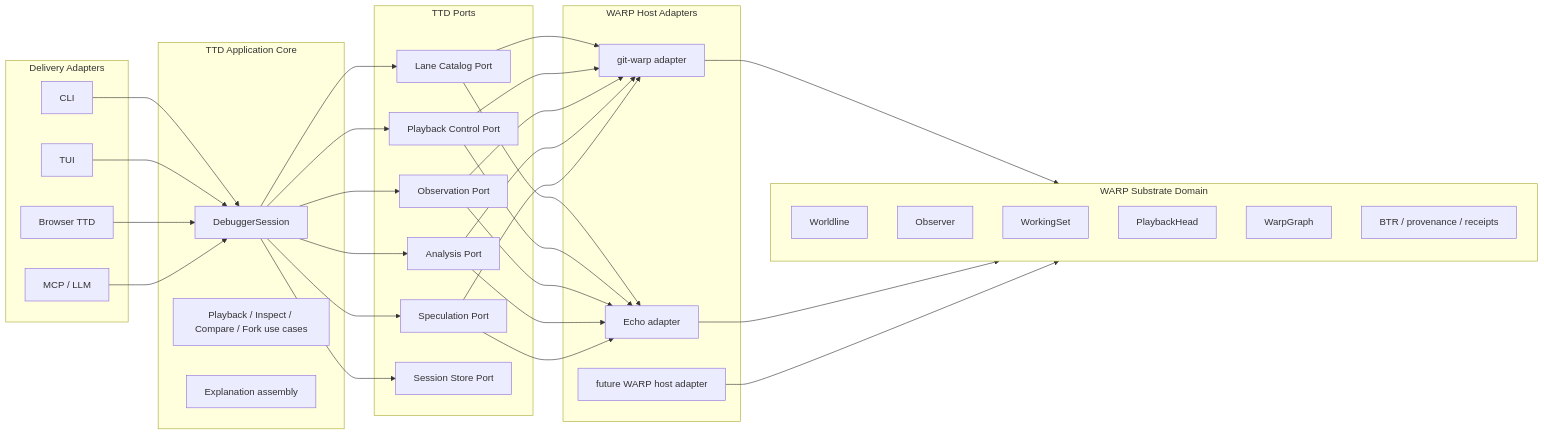
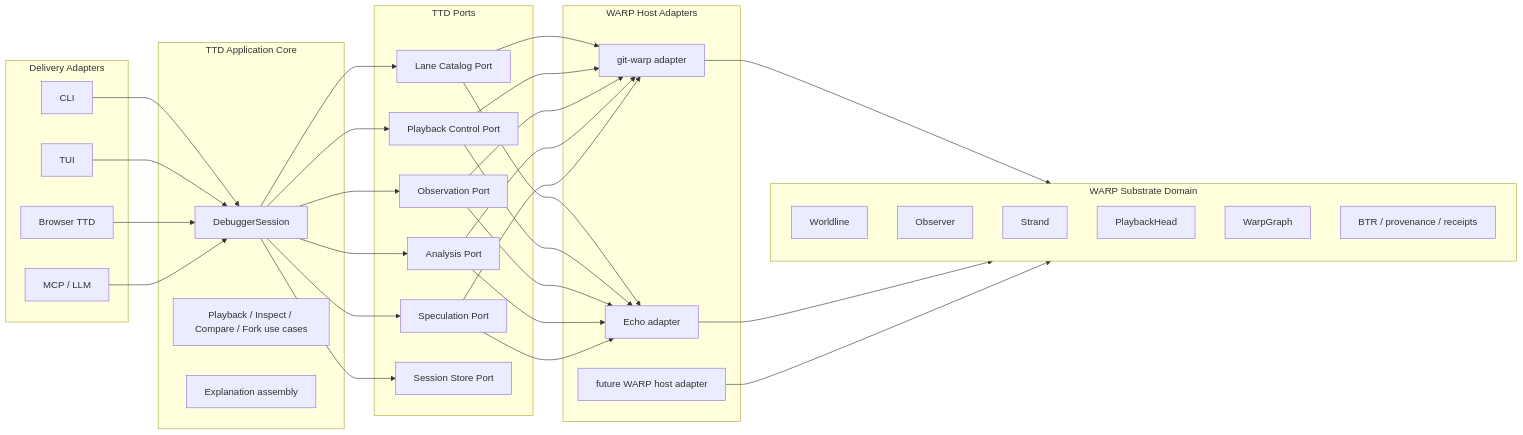
One commit to flyingrobots/warp-ttd changed the diagram in docs/design/human-centered-hex-architecture.md. Above: the diagram before and after it, drawn with Mermaid. The commit also changed 2 other files, not shown here.

Commit message:
fix: resolve self-review issues (C1, M1)
C1: Fix stale WorkingSet in Mermaid diagram → Strand

M1: CLI --json error output now writes JSON to stderr per spec:
{"error": "message"}. Previously output raw text with stack traces.
Added error case test to cliJson.spec.ts (19 fast tests).

````diff
--- a/docs/design/human-centered-hex-architecture.md
+++ b/docs/design/human-centered-hex-architecture.md
@@ -153,53 +153,53 @@
 ```mermaid
 flowchart LR
 
 subgraph ui["Delivery Adapters"]
     cli["CLI"]
     tui["TUI"]
     web["Browser TTD"]
     mcp["MCP / LLM"]
 end
 
 subgraph app["TTD Application Core"]
     session["DebuggerSession"]
     usecases["Playback / Inspect / Compare / Fork use cases"]
     explain["Explanation assembly"]
 end
 
 subgraph ports["TTD Ports"]
     catalog["Lane Catalog Port"]
     playback["Playback Control Port"]
     observe["Observation Port"]
     analysis["Analysis Port"]
     fork["Speculation Port"]
     store["Session Store Port"]
 end
 
 subgraph adapter["WARP Host Adapters"]
     gw["git-warp adapter"]
     echo["Echo adapter"]
     future["future WARP host adapter"]
 end
 
 subgraph domain["WARP Substrate Domain"]
     worldline["Worldline"]
     observer["Observer"]
-    ws["WorkingSet"]
+    strand["Strand"]
     head["PlaybackHead"]
     g["WarpGraph"]
     btr["BTR / provenance / receipts"]
 end
 
 %% Connections from UI to specific node in Core
 cli & tui & web & mcp --> session
 
 %% Connections from Core to Ports
 session --> catalog & playback & observe & analysis & fork & store
 
 %% Connections from Ports to Adapters
 catalog & playback & observe & analysis & fork --> gw
 catalog & playback & observe & analysis & fork --> echo
 
 %% Connections from Adapters to Domain
 gw & echo & future --> domain
 ```
````
